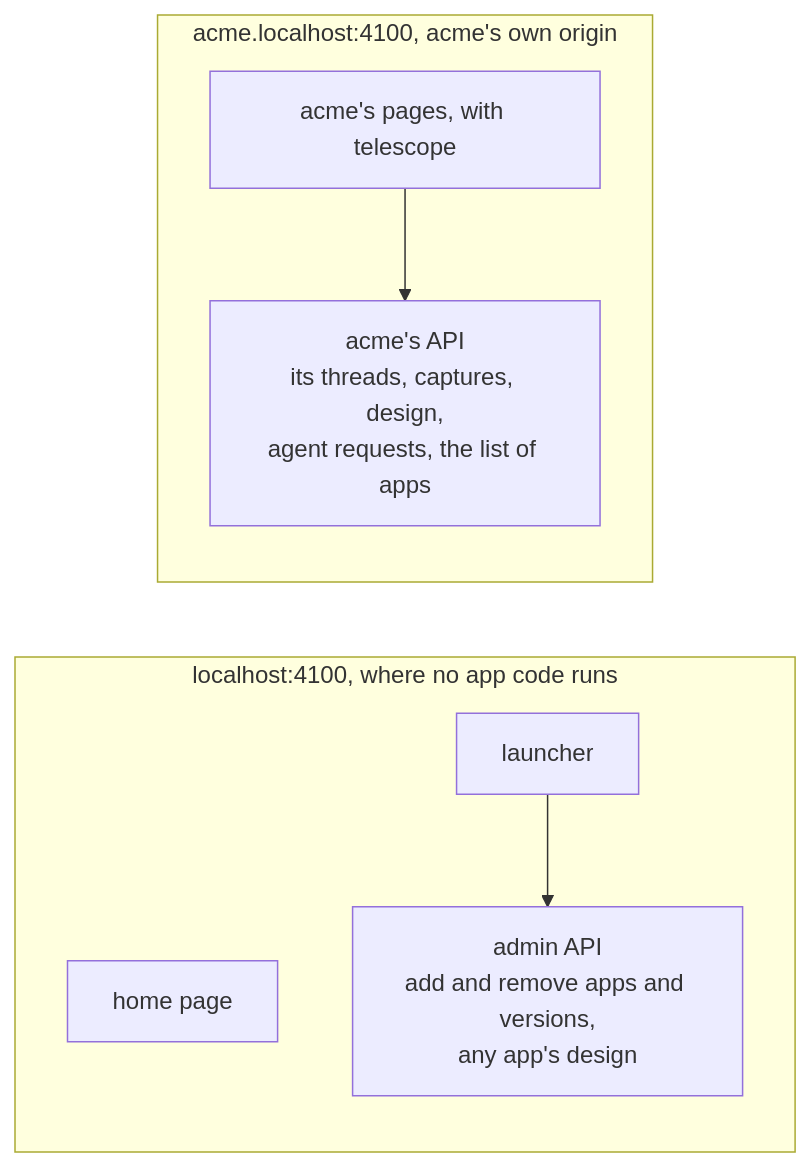
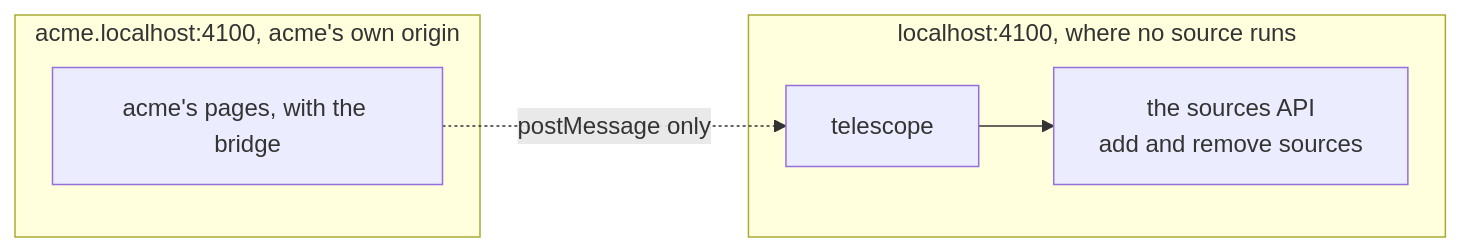
Before and after one commit to quirq-ai/galileo: the eighth of 8 diagrams in docs/ARCHITECTURE.md, drawn with Mermaid. The commit also changed other lines of this file and 51 other files, not shown here.

````diff
--- a/docs/ARCHITECTURE.md
+++ b/docs/ARCHITECTURE.md
@@ -380,14 +232,12 @@
 ```mermaid
 flowchart LR
-  subgraph bare["localhost:4100, where no app code runs"]
-    home["home page"]
-    launcher["launcher"]
-    admin["admin API<br/>add and remove apps and versions,<br/>any app's design"]
+  subgraph own["localhost:4100, where no source runs"]
+    tel["telescope"]
+    api["the sources API<br/>add and remove sources"]
   end
-  subgraph appHost["acme.localhost:4100, acme's own origin"]
-    page["acme's pages, with telescope"]
-    api["acme's API<br/>its threads, captures, design,<br/>agent requests, the list of apps"]
+  subgraph src["acme.localhost:4100, acme's own origin"]
+    page["acme's pages, with the bridge"]
   end
-  launcher --> admin
-  page --> api
+  tel --> api
+  page -.->|"postMessage only"| tel
 ```
````
